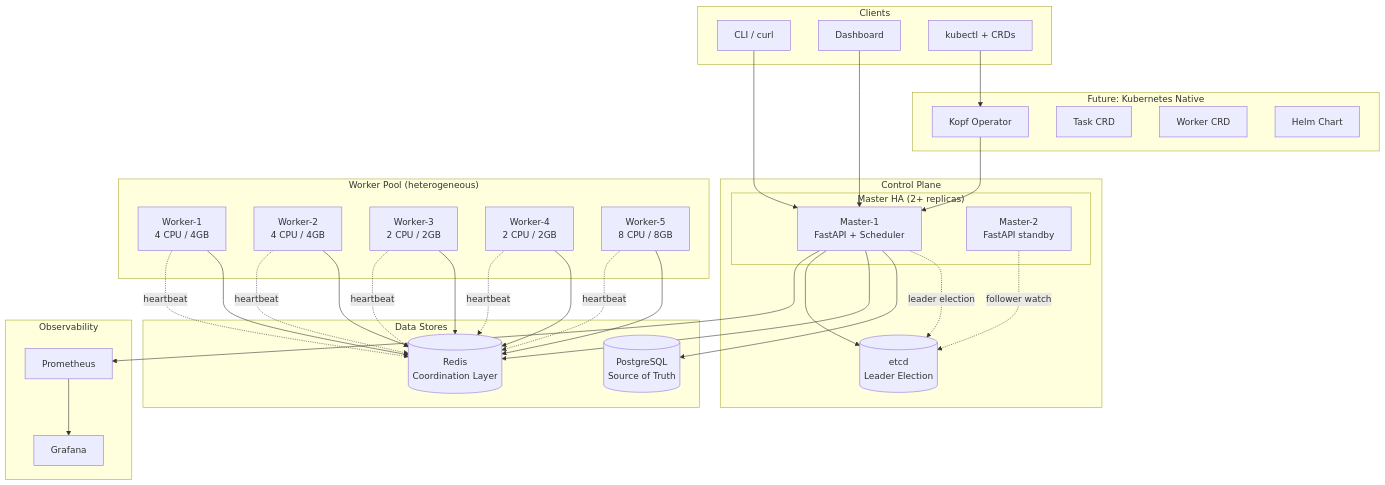
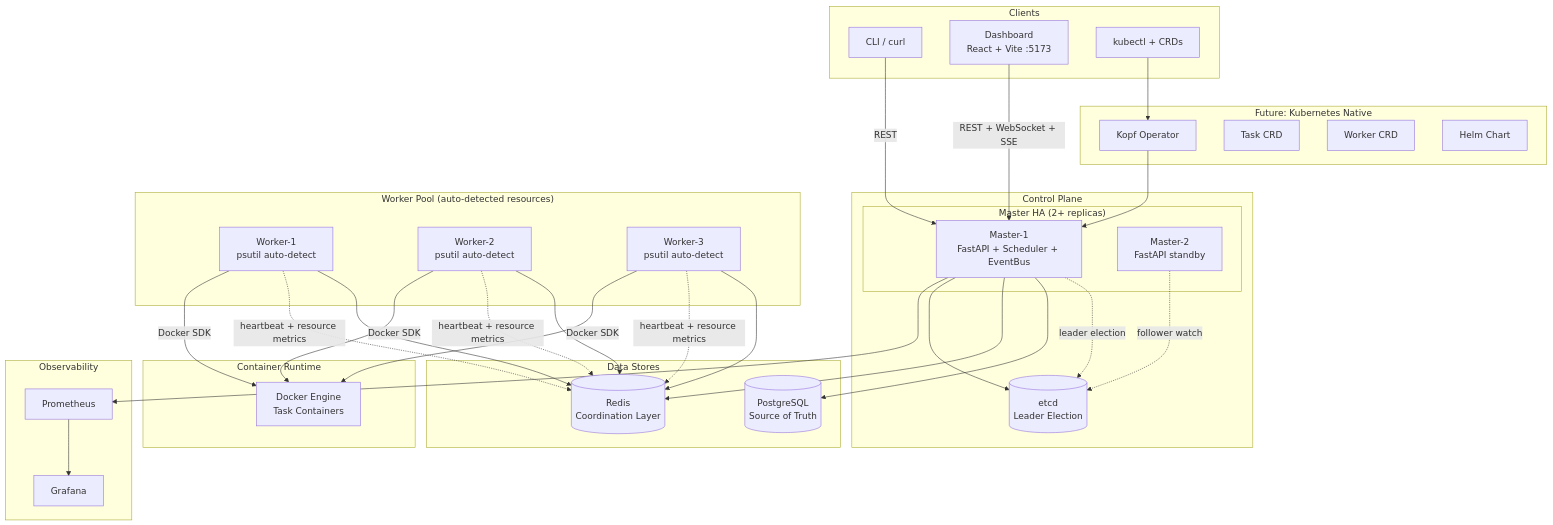
One commit to epshukla/Distributed-TaskScheduler-Chronos changed the first of 9 diagrams in docs/architecture.md. Above: the diagram before and after it, drawn with Mermaid. The commit also changed other lines of this file and 39 other files, not shown here.

````diff
--- a/docs/architecture.md
+++ b/docs/architecture.md
@@ -5,67 +5,69 @@
 ```mermaid
 graph TB
     subgraph "Clients"
         CLI[CLI / curl]
-        UI[Dashboard]
+        UI[Dashboard<br/>React + Vite :5173]
         K8S_API[kubectl + CRDs]
     end
 
     subgraph "Control Plane"
         subgraph "Master HA (2+ replicas)"
-            M1[Master-1<br/>FastAPI + Scheduler]
+            M1[Master-1<br/>FastAPI + Scheduler + EventBus]
             M2[Master-2<br/>FastAPI standby]
         end
         M1 -.->|leader election| ETCD
         M2 -.->|follower watch| ETCD
     end
 
     subgraph "Data Stores"
         PG[(PostgreSQL<br/>Source of Truth)]
         REDIS[(Redis<br/>Coordination Layer)]
         ETCD[(etcd<br/>Leader Election)]
     end
 
-    subgraph "Worker Pool (heterogeneous)"
-        W1[Worker-1<br/>4 CPU / 4GB]
-        W2[Worker-2<br/>4 CPU / 4GB]
-        W3[Worker-3<br/>2 CPU / 2GB]
-        W4[Worker-4<br/>2 CPU / 2GB]
-        W5[Worker-5<br/>8 CPU / 8GB]
+    subgraph "Worker Pool (auto-detected resources)"
+        W1[Worker-1<br/>psutil auto-detect]
+        W2[Worker-2<br/>psutil auto-detect]
+        W3[Worker-3<br/>psutil auto-detect]
+    end
+
+    subgraph "Container Runtime"
+        D1[Docker Engine<br/>Task Containers]
     end
 
     subgraph "Observability"
         PROM[Prometheus]
         GRAFANA[Grafana]
     end
 
     subgraph "Future: Kubernetes Native"
         OP[Kopf Operator]
         CRD_T[Task CRD]
         CRD_W[Worker CRD]
         HELM[Helm Chart]
     end
 
-    CLI --> M1
-    UI --> M1
+    CLI -->|REST| M1
+    UI -->|REST + WebSocket + SSE| M1
     K8S_API --> OP
     OP --> M1
 
     M1 --> PG
     M1 --> REDIS
     M1 --> ETCD
 
     W1 --> REDIS
     W2 --> REDIS
     W3 --> REDIS
-    W4 --> REDIS
-    W5 --> REDIS
 
-    W1 -.->|heartbeat| REDIS
-    W2 -.->|heartbeat| REDIS
-    W3 -.->|heartbeat| REDIS
-    W4 -.->|heartbeat| REDIS
-    W5 -.->|heartbeat| REDIS
+    W1 -.->|heartbeat + resource metrics| REDIS
+    W2 -.->|heartbeat + resource metrics| REDIS
+    W3 -.->|heartbeat + resource metrics| REDIS
+
+    W1 -->|Docker SDK| D1
+    W2 -->|Docker SDK| D1
+    W3 -->|Docker SDK| D1
 
     M1 --> PROM
     PROM --> GRAFANA
 ```
````
